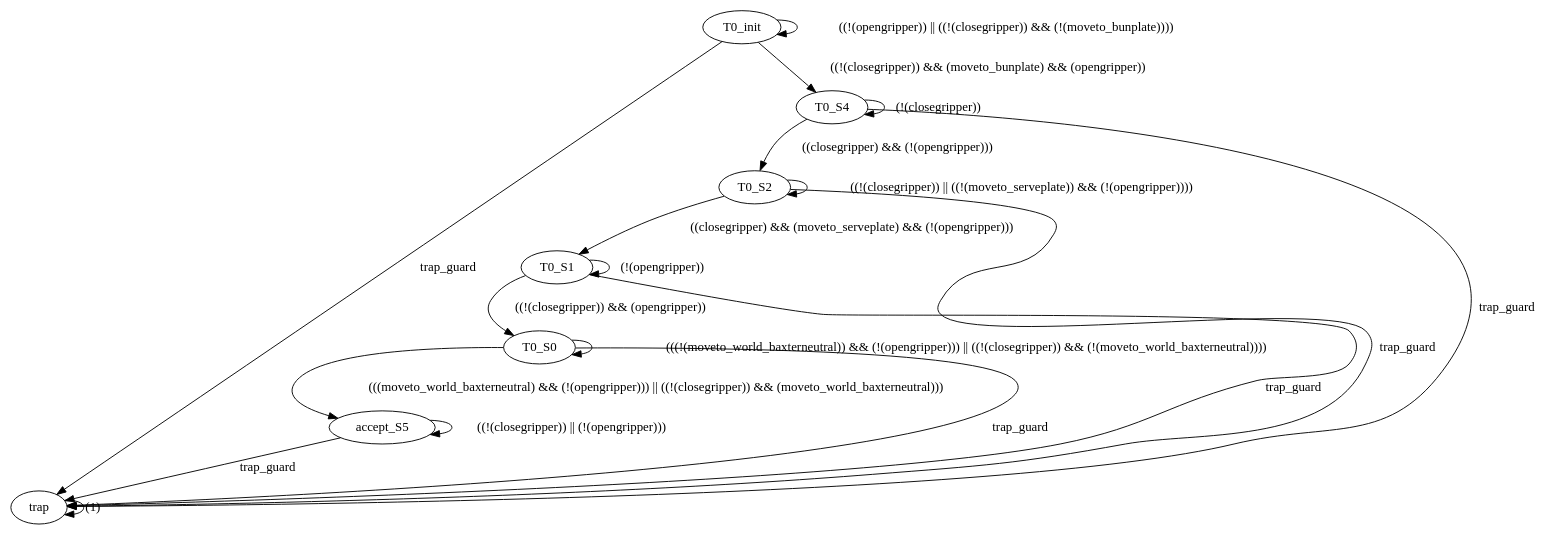
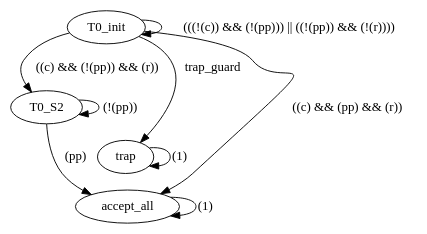
One commit to xli4217/cbf_learning_feasibility changed the diagram in docker/dirs-to-copy/tl_utils/sandbox/figures/g.dot. Above: the diagram before and after it, drawn with Graphviz. The commit also changed 29 other files, not shown here.

```diff
--- a/docker/dirs-to-copy/tl_utils/sandbox/figures/g.dot
+++ b/docker/dirs-to-copy/tl_utils/sandbox/figures/g.dot
@@ -1,27 +1,14 @@
 digraph "" {
+T0_S2;
 T0_init;
-accept_S5;
-T0_S2;
-T0_S1;
-T0_S0;
 trap;
-T0_S4;
-T0_init -> T0_init  [guard="((!(opengripper)) || ((!(closegripper)) && (!(moveto_bunplate))))", input="set([0, 1, 2, 4, 5, 6, 8, 9, 12, 13, 16, 17, 18, 20, 21, 22, 24, 25, 28, 29])", key=0, label="((!(opengripper)) || ((!(closegripper)) && (!(moveto_bunplate))))", weight=0];
-T0_init -> trap  [guard=trap_guard, input="set([3, 7, 11, 15, 19, 23, 27, 31])", key=0, label=trap_guard, weight=0];
-T0_init -> T0_S4  [guard="((!(closegripper)) && (moveto_bunplate) && (opengripper))", input="set([10, 30, 26, 14])", key=0, label="((!(closegripper)) && (moveto_bunplate) && (opengripper))", weight=0];
-accept_S5 -> trap  [guard=trap_guard, input="set([3, 7, 11, 15, 19, 23, 27, 31])", key=0, label=trap_guard, weight=0];
-accept_S5 -> accept_S5  [guard="((!(closegripper)) || (!(opengripper)))", input="set([0, 1, 2, 4, 5, 6, 8, 9, 10, 12, 13, 14, 16, 17, 18, 20, 21, 22, 24, 25, 26, 28, 29, 30])", key=0, label="((!(closegripper)) || (!(opengripper)))", weight=0];
-T0_S2 -> T0_S2  [guard="((!(closegripper)) || ((!(moveto_serveplate)) && (!(opengripper))))", input="set([0, 1, 2, 4, 5, 6, 8, 9, 10, 12, 13, 14, 16, 18, 20, 22, 24, 26, 28, 30])", key=0, label="((!(closegripper)) || ((!(moveto_serveplate)) && (!(opengripper))))", weight=0];
-T0_S2 -> T0_S1  [guard="((closegripper) && (moveto_serveplate) && (!(opengripper)))", input="set([17, 29, 21, 25])", key=0, label="((closegripper) && (moveto_serveplate) && (!(opengripper)))", weight=0];
-T0_S2 -> trap  [guard=trap_guard, input="set([3, 7, 11, 15, 19, 23, 27, 31])", key=0, label=trap_guard, weight=0];
-T0_S1 -> T0_S1  [guard="(!(opengripper))", input="set([0, 1, 4, 5, 8, 9, 12, 13, 16, 17, 20, 21, 24, 25, 28, 29])", key=0, label="(!(opengripper))", weight=0];
-T0_S1 -> T0_S0  [guard="((!(closegripper)) && (opengripper))", input="set([2, 6, 10, 14, 18, 22, 26, 30])", key=0, label="((!(closegripper)) && (opengripper))", weight=0];
-T0_S1 -> trap  [guard=trap_guard, input="set([3, 7, 11, 15, 19, 23, 27, 31])", key=0, label=trap_guard, weight=0];
-T0_S0 -> T0_S0  [guard="(((!(moveto_world_baxterneutral)) && (!(opengripper))) || ((!(closegripper)) && (!(moveto_world_baxterneutral))))", input="set([0, 1, 2, 8, 9, 10, 16, 17, 18, 24, 25, 26])", key=0, label="(((!(moveto_world_baxterneutral)) && (!(opengripper))) || ((!(closegripper)) && (!(moveto_world_baxterneutral))))", weight=0];
-T0_S0 -> trap  [guard=trap_guard, input="set([3, 7, 11, 15, 19, 23, 27, 31])", key=0, label=trap_guard, weight=0];
-T0_S0 -> accept_S5  [guard="(((moveto_world_baxterneutral) && (!(opengripper))) || ((!(closegripper)) && (moveto_world_baxterneutral)))", input="set([4, 5, 6, 12, 13, 14, 20, 21, 22, 28, 29, 30])", key=0, label="(((moveto_world_baxterneutral) && (!(opengripper))) || ((!(closegripper)) && (moveto_world_baxterneutral)))", weight=0];
-trap -> trap  [guard="(1)", input="set([0, 1, 2, 3, 4, 5, 6, 7, 8, 9, 10, 11, 12, 13, 14, 15, 16, 17, 18, 19, 20, 21, 22, 23, 24, 25, 26, 27, 28, 29, 30, 31])", key=0, label="(1)", weight=0];
-T0_S4 -> T0_S2  [guard="((closegripper) && (!(opengripper)))", input="set([1, 5, 9, 13, 17, 21, 25, 29])", key=0, label="((closegripper) && (!(opengripper)))", weight=0];
-T0_S4 -> trap  [guard=trap_guard, input="set([3, 7, 11, 15, 19, 23, 27, 31])", key=0, label=trap_guard, weight=0];
-T0_S4 -> T0_S4  [guard="(!(closegripper))", input="set([0, 2, 4, 6, 8, 10, 12, 14, 16, 18, 20, 22, 24, 26, 28, 30])", key=0, label="(!(closegripper))", weight=0];
+accept_all;
+T0_S2 -> T0_S2  [guard="(!(pp))", input="set([0, 2, 4, 6])", key=0, label="(!(pp))", weight=0];
+T0_S2 -> accept_all  [guard="(pp)", input="set([1, 3, 5, 7])", key=0, label="(pp)", weight=0];
+T0_init -> T0_S2  [guard="((c) && (!(pp)) && (r))", input="set([6])", key=0, label="((c) && (!(pp)) && (r))", weight=0];
+T0_init -> T0_init  [guard="(((!(c)) && (!(pp))) || ((!(pp)) && (!(r))))", input="set([0, 2, 4])", key=0, label="(((!(c)) && (!(pp))) || ((!(pp)) && (!(r))))", weight=0];
+T0_init -> trap  [guard=trap_guard, input="set([1, 3, 5])", key=0, label=trap_guard, weight=0];
+T0_init -> accept_all  [guard="((c) && (pp) && (r))", input="set([7])", key=0, label="((c) && (pp) && (r))", weight=0];
+trap -> trap  [guard="(1)", input="set([0, 1, 2, 3, 4, 5, 6, 7])", key=0, label="(1)", weight=0];
+accept_all -> accept_all  [guard="(1)", input="set([0, 1, 2, 3, 4, 5, 6, 7])", key=0, label="(1)", weight=0];
 }
```
